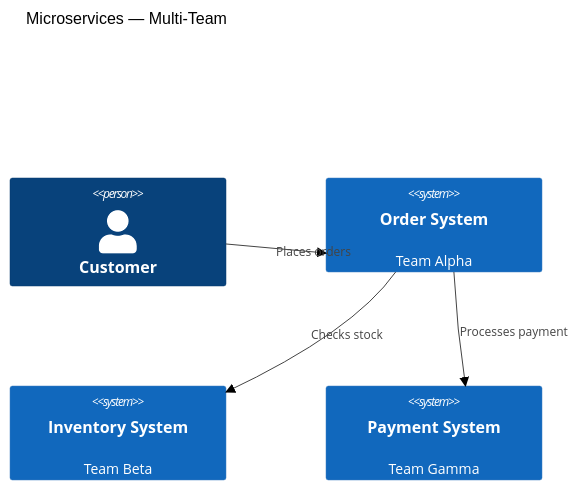
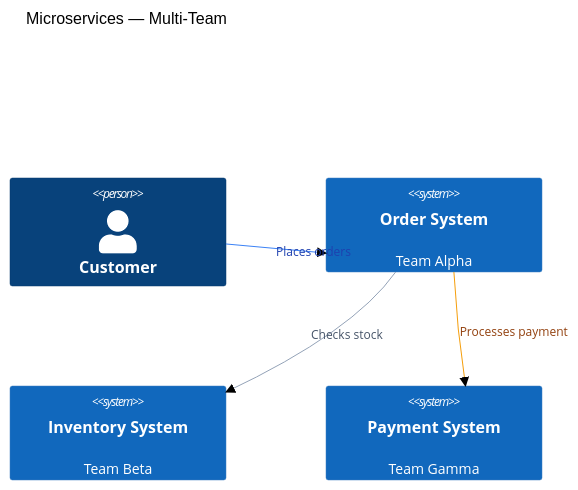
Before and after one commit to RolfLobo/agent-skills: the seventh of 8 diagrams in packages/skills-catalog/skills/(tooling)/mermaid-studio/references/c4-architecture.md, drawn with Mermaid (neutral theme). The commit also changed other lines of this file, not shown here.

Commit message:
docs: enhance c4-architecture.md with mandatory rules for diagram creation, styling guidelines, and layout optimization tips

````diff
--- a/packages/skills-catalog/skills/(tooling)/mermaid-studio/references/c4-architecture.md
+++ b/packages/skills-catalog/skills/(tooling)/mermaid-studio/references/c4-architecture.md
@@ -295,13 +392,19 @@
 ```mermaid
 C4Context
     title Microservices — Multi-Team
 
     Person(customer, "Customer")
     System(orderSys, "Order System", "Team Alpha")
     System(inventorySys, "Inventory System", "Team Beta")
     System(paymentSys, "Payment System", "Team Gamma")
 
     Rel(customer, orderSys, "Places orders")
     Rel(orderSys, inventorySys, "Checks stock")
     Rel(orderSys, paymentSys, "Processes payment")
+
+    UpdateRelStyle(customer, orderSys, $textColor="#1e40af", $lineColor="#3b82f6")
+    UpdateRelStyle(orderSys, inventorySys, $textColor="#475569", $lineColor="#94a3b8")
+    UpdateRelStyle(orderSys, paymentSys, $textColor="#92400e", $lineColor="#f59e0b")
+
+    UpdateLayoutConfig($c4ShapeInRow="3", $c4BoundaryInRow="1")
 ```
````
